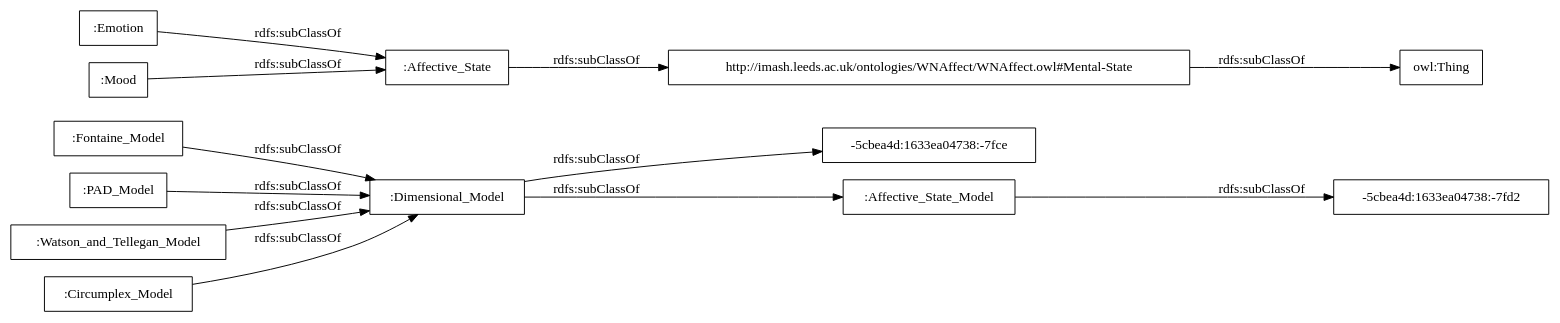
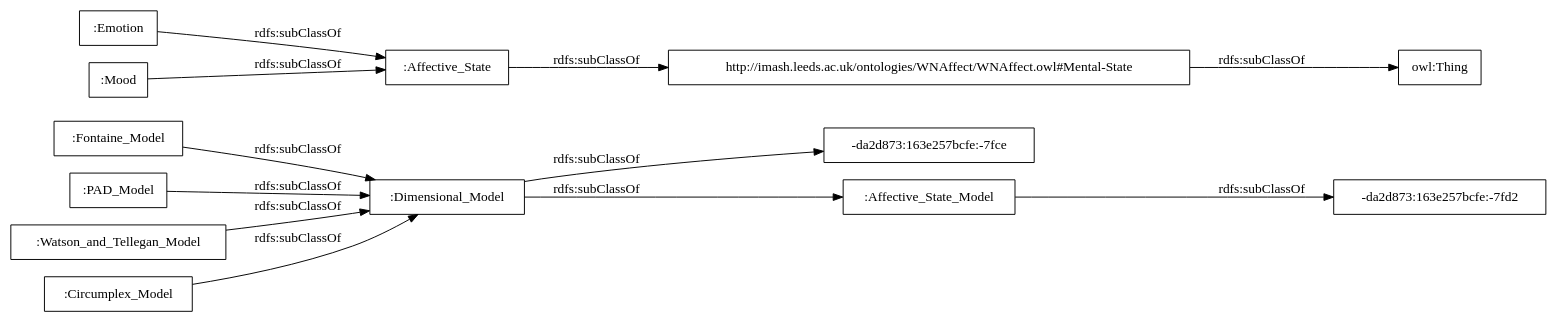
The diagram in OnToology/Affective_States_Dimensional_Model_Module.owl/diagrams/ar2dtool-taxonomy/Affective_States_Dimensional_Model_Module.owl.png.dot (rana-othman/HASIO-Modularization), drawn with Graphviz before and after one commit. The commit also changed 43 other files, not shown here.

```diff
--- a/OnToology/Affective_States_Dimensional_Model_Module.owl/diagrams/ar2dtool-taxonomy/Affective_States_Dimensional_Model_Module.owl.png.dot
+++ b/OnToology/Affective_States_Dimensional_Model_Module.owl/diagrams/ar2dtool-taxonomy/Affective_States_Dimensional_Model_Module.owl.png.dot
@@ -1,17 +1,17 @@
 digraph ar2dtool_diagram { 
 rankdir=LR;
 size="1000"
-node [shape = rectangle, color="black"]; ":Dimensional_Model" ":Fontaine_Model" ":PAD_Model" "-5cbea4d:1633ea04738:-7fce" "-5cbea4d:1633ea04738:-7fd2" ":Emotion" ":Mood" ":Affective_State" ":Watson_and_Tellegan_Model" "http://imash.leeds.ac.uk/ontologies/WNAffect/WNAffect.owl#Mental-State" ":Affective_State_Model" ":Circumplex_Model" ; /*classes style*/
-	":Dimensional_Model" -> "-5cbea4d:1633ea04738:-7fce" [ label = "rdfs:subClassOf" ];
+node [shape = rectangle, color="black"]; ":Dimensional_Model" ":Fontaine_Model" "-da2d873:163e257bcfe:-7fce" ":PAD_Model" ":Emotion" "-da2d873:163e257bcfe:-7fd2" ":Mood" ":Affective_State" ":Watson_and_Tellegan_Model" "http://imash.leeds.ac.uk/ontologies/WNAffect/WNAffect.owl#Mental-State" ":Affective_State_Model" ":Circumplex_Model" ; /*classes style*/
+	":Dimensional_Model" -> "-da2d873:163e257bcfe:-7fce" [ label = "rdfs:subClassOf" ];
 	":Dimensional_Model" -> ":Affective_State_Model" [ label = "rdfs:subClassOf" ];
 	":Affective_State" -> "http://imash.leeds.ac.uk/ontologies/WNAffect/WNAffect.owl#Mental-State" [ label = "rdfs:subClassOf" ];
 	":Circumplex_Model" -> ":Dimensional_Model" [ label = "rdfs:subClassOf" ];
-	":Affective_State_Model" -> "-5cbea4d:1633ea04738:-7fd2" [ label = "rdfs:subClassOf" ];
+	":Affective_State_Model" -> "-da2d873:163e257bcfe:-7fd2" [ label = "rdfs:subClassOf" ];
 	"http://imash.leeds.ac.uk/ontologies/WNAffect/WNAffect.owl#Mental-State" -> "owl:Thing" [ label = "rdfs:subClassOf" ];
 	":Fontaine_Model" -> ":Dimensional_Model" [ label = "rdfs:subClassOf" ];
 	":PAD_Model" -> ":Dimensional_Model" [ label = "rdfs:subClassOf" ];
 	":Mood" -> ":Affective_State" [ label = "rdfs:subClassOf" ];
 	":Emotion" -> ":Affective_State" [ label = "rdfs:subClassOf" ];
 	":Watson_and_Tellegan_Model" -> ":Dimensional_Model" [ label = "rdfs:subClassOf" ];
 
 }
```
